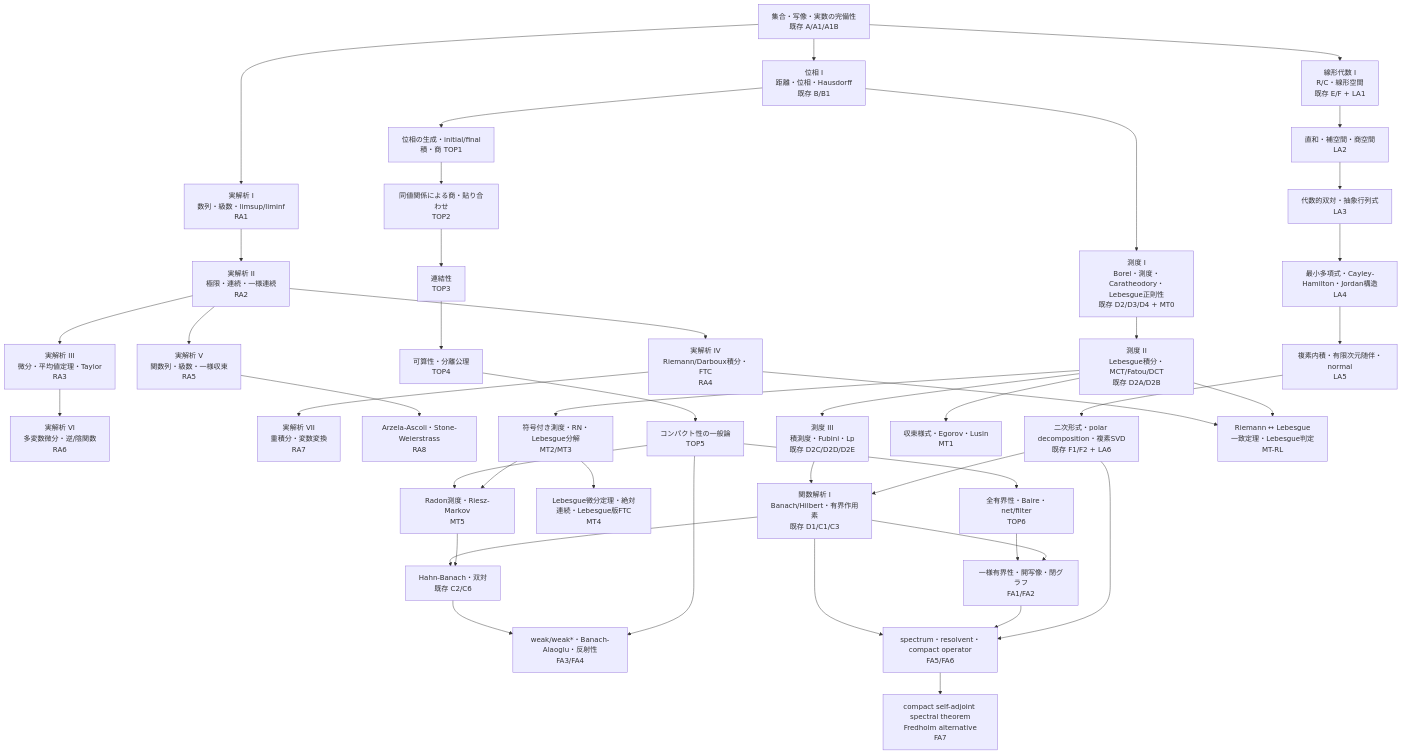
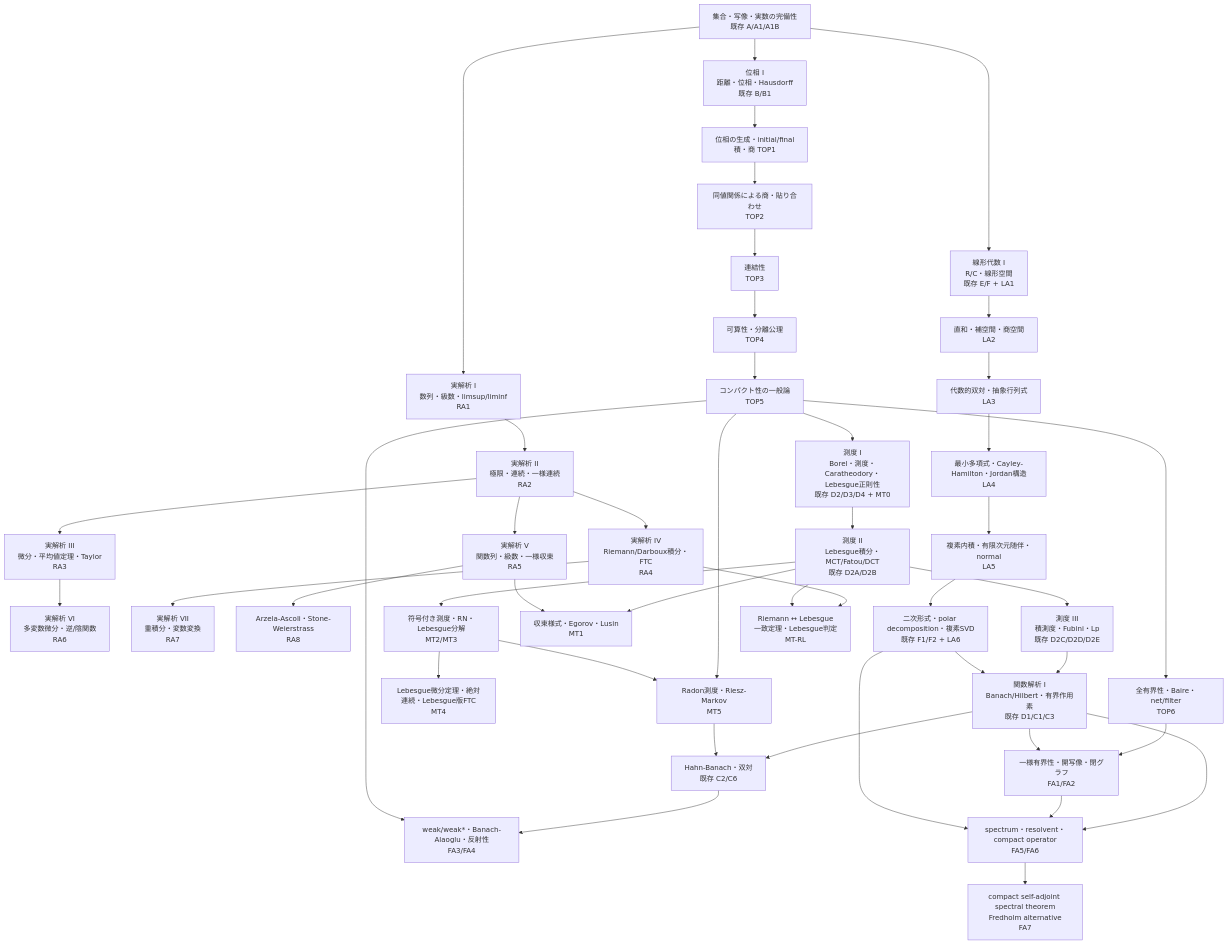
One commit to InSuns21/toukei-kentei_grade1_preparation changed the diagram in textbook/dream-theater-standard-math-core.md. Above: the diagram before and after it, drawn with Mermaid.

Commit message:
Sync reader-facing standard math DAG for MT0 and MT1

````diff
--- a/textbook/dream-theater-standard-math-core.md
+++ b/textbook/dream-theater-standard-math-core.md
@@ -26,55 +26,56 @@
 ```mermaid
 flowchart TD
   A["集合・写像・実数の完備性<br/>既存 A/A1/A1B"]
 
   A --> RA1["実解析 I<br/>数列・級数・limsup/liminf<br/>RA1"]
   A --> LA1["線形代数 I<br/>R/C・線形空間<br/>既存 E/F + LA1"]
   A --> TOP0["位相 I<br/>距離・位相・Hausdorff<br/>既存 B/B1"]
 
   RA1 --> RA2["実解析 II<br/>極限・連続・一様連続<br/>RA2"]
   RA2 --> RA3["実解析 III<br/>微分・平均値定理・Taylor<br/>RA3"]
   RA2 --> RA4["実解析 IV<br/>Riemann/Darboux積分・FTC<br/>RA4"]
   RA2 --> RA5["実解析 V<br/>関数列・級数・一様収束<br/>RA5"]
   RA3 --> RA6["実解析 VI<br/>多変数微分・逆/陰関数<br/>RA6"]
   RA4 --> RA7["実解析 VII<br/>重積分・変数変換<br/>RA7"]
   RA5 --> RA8["Arzela-Ascoli・Stone-Weierstrass<br/>RA8"]
 
   TOP0 --> TOP1["位相の生成・initial/final<br/>積・商 TOP1"]
   TOP1 --> TOP2["同値関係による商・貼り合わせ<br/>TOP2"]
   TOP2 --> TOP3["連結性<br/>TOP3"]
   TOP3 --> TOP4["可算性・分離公理<br/>TOP4"]
   TOP4 --> TOP5["コンパクト性の一般論<br/>TOP5"]
   TOP5 --> BAIRE["全有界性・Baire・net/filter<br/>TOP6"]
 
   LA1 --> LA2["直和・補空間・商空間<br/>LA2"]
   LA2 --> LA3["代数的双対・抽象行列式<br/>LA3"]
   LA3 --> LA4["最小多項式・Cayley-Hamilton・Jordan構造<br/>LA4"]
   LA4 --> LA5["複素内積・有限次元随伴・normal<br/>LA5"]
   LA5 --> LA6["二次形式・polar decomposition・複素SVD<br/>既存 F1/F2 + LA6"]
 
-  TOP0 --> MT0["測度 I<br/>Borel・測度・Caratheodory・Lebesgue正則性<br/>既存 D2/D3/D4 + MT0"]
+  TOP5 --> MT0["測度 I<br/>Borel・測度・Caratheodory・Lebesgue正則性<br/>既存 D2/D3/D4 + MT0"]
   MT0 --> MTI["測度 II<br/>Lebesgue積分・MCT/Fatou/DCT<br/>既存 D2A/D2B"]
   MTI --> MTP["測度 III<br/>積測度・Fubini・Lp<br/>既存 D2C/D2D/D2E"]
   MTI --> MT1["収束様式・Egorov・Lusin<br/>MT1"]
+  RA5 --> MT1
   MTI --> MT2["符号付き測度・RN・Lebesgue分解<br/>MT2/MT3"]
 
   RA4 --> RLB["Riemann ↔ Lebesgue<br/>一致定理・Lebesgue判定<br/>MT-RL"]
   MTI --> RLB
 
   MT2 --> MT4["Lebesgue微分定理・絶対連続・Lebesgue版FTC<br/>MT4"]
   TOP5 --> MT5["Radon測度・Riesz-Markov<br/>MT5"]
   MT2 --> MT5
 
   MTP --> FA0["関数解析 I<br/>Banach/Hilbert・有界作用素<br/>既存 D1/C1/C3"]
   LA6 --> FA0
   FA0 --> HB["Hahn-Banach・双対<br/>既存 C2/C6"]
   BAIRE --> FA2["一様有界性・開写像・閉グラフ<br/>FA1/FA2"]
   FA0 --> FA2
   HB --> FA4["weak/weak*・Banach-Alaoglu・反射性<br/>FA3/FA4"]
   TOP5 --> FA4
   FA0 --> FA6["spectrum・resolvent・compact operator<br/>FA5/FA6"]
   FA2 --> FA6
   LA6 --> FA6
   FA6 --> FA7["compact self-adjoint spectral theorem<br/>Fredholm alternative<br/>FA7"]
   MT5 --> HB
 ```
````
